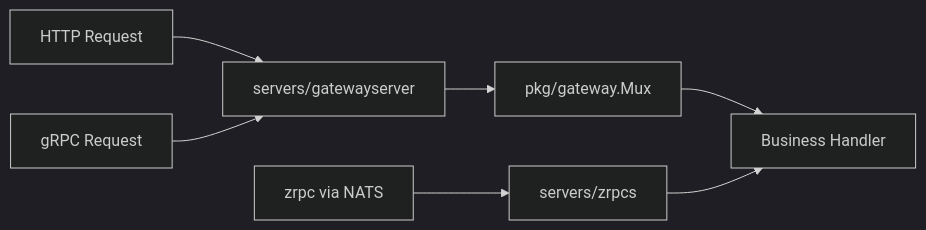
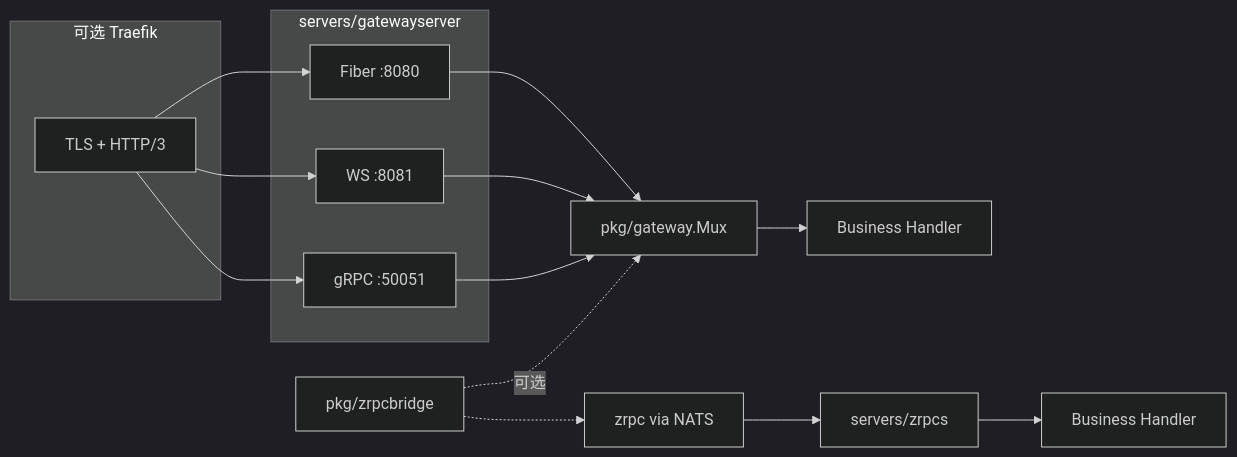
Before and after one commit to pubgo/lava: the diagram in docs/modules/servers.md, drawn with Mermaid (dark theme). The commit also changed other lines of this file and 10 other files, not shown here.

First line of the commit message:
Update architecture and documentation to reflect gatewayserver changes

````diff
--- a/docs/modules/servers.md
+++ b/docs/modules/servers.md
@@ -40,9 +91,25 @@
 ```mermaid
 flowchart LR
-    Req1[HTTP Request] --> GW[servers/gatewayserver]
-    Req2[gRPC Request] --> GW
-    GW --> Mux[pkg/gateway.Mux]
+    subgraph Edge[可选 Traefik]
+        TRAEFIK[TLS + HTTP/3]
+    end
+
+    subgraph GW[servers/gatewayserver]
+        HTTP[Fiber :8080]
+        WS[WS :8081]
+        GRPC[gRPC :50051]
+    end
+
+    TRAEFIK --> HTTP
+    TRAEFIK --> WS
+    TRAEFIK --> GRPC
+
+    HTTP & WS & GRPC --> Mux[pkg/gateway.Mux]
     Mux --> Biz[Business Handler]
-    Req3[zrpc via NATS] --> ZRPCS[servers/zrpcs]
-    ZRPCS --> Biz
+
+    NATS[zrpc via NATS] --> ZRPCS[servers/zrpcs]
+    ZRPCS --> Biz2[Business Handler]
+
+    Bridge[pkg/zrpcbridge] -.->|可选| Mux
+    Bridge -.-> NATS
 ```
````
